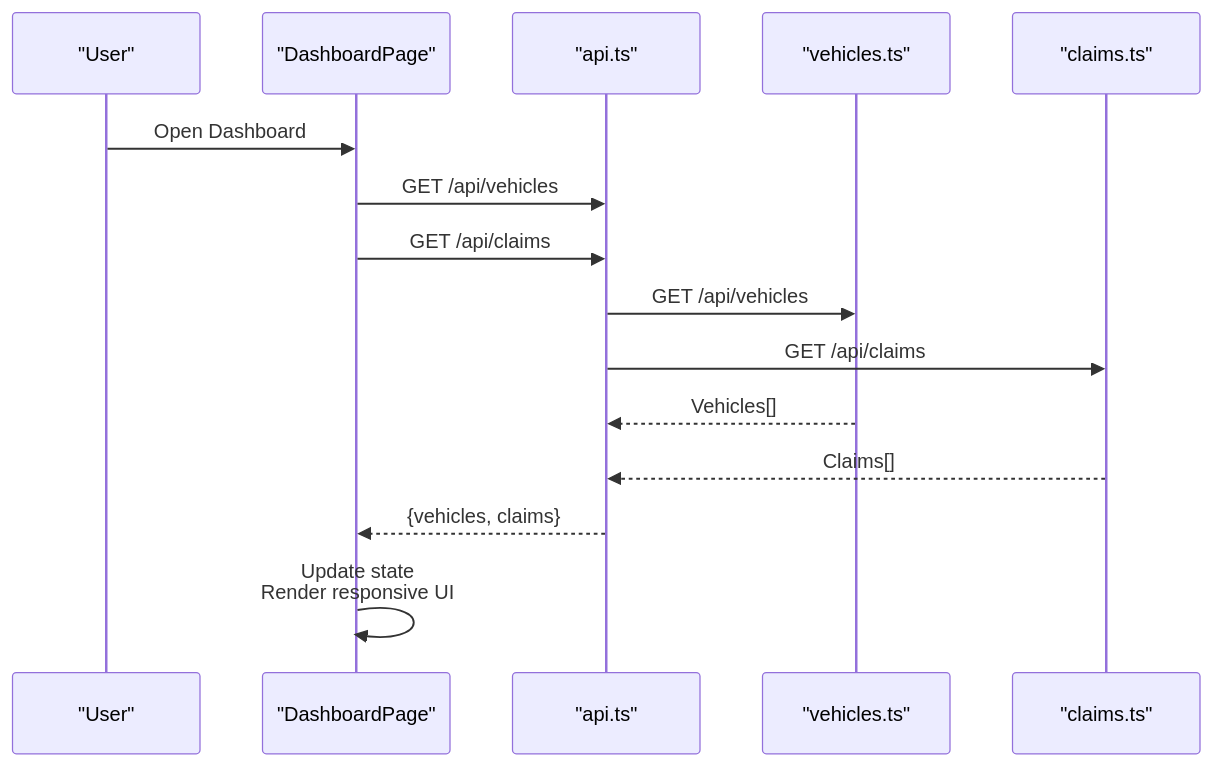
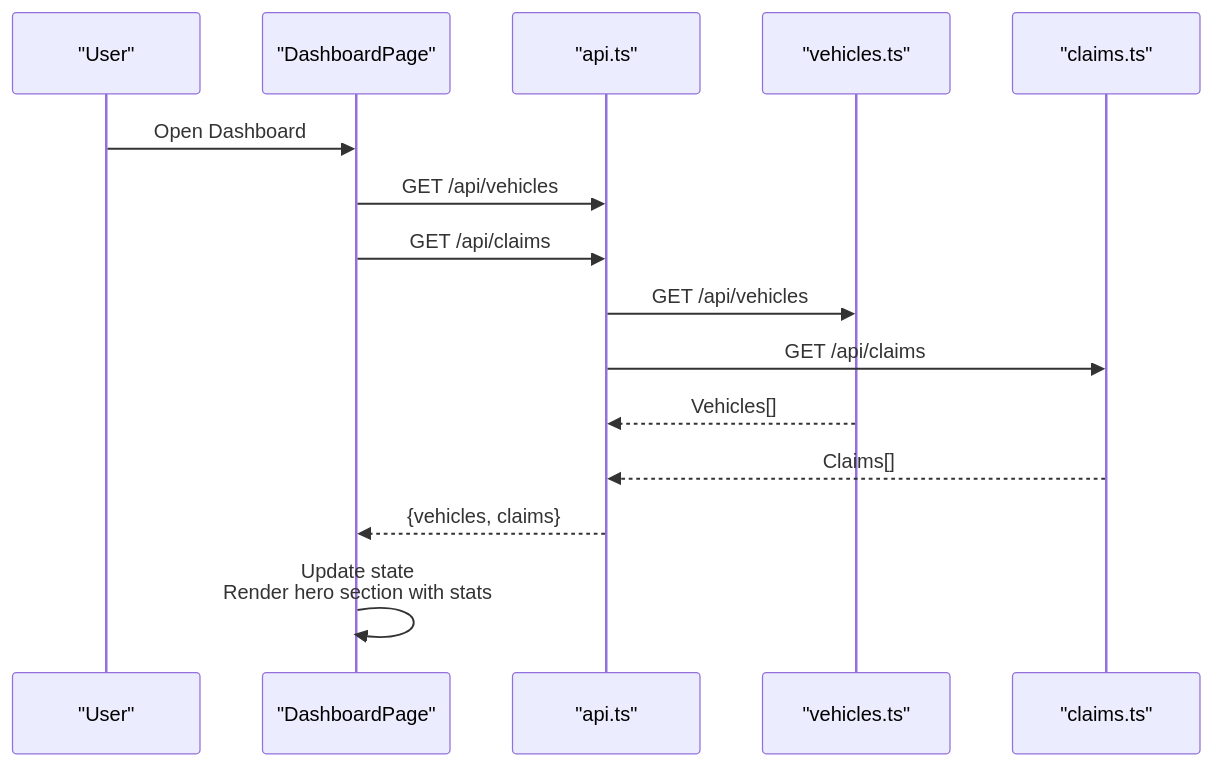
The second of 7 diagrams in .qoder/repowiki/en/content/Frontend Documentation/Pages and Views/User Pages/Dashboard Page.md (NaveenHiranya/Smart-Vehicle-Insurance-Claim-System), drawn with Mermaid before and after one commit. The commit also changed other lines of this file and 31 other files, not shown here.

````diff
--- a/.qoder/repowiki/en/content/Frontend Documentation/Pages and Views/User Pages/Dashboard Page.md
+++ b/.qoder/repowiki/en/content/Frontend Documentation/Pages and Views/User Pages/Dashboard Page.md
@@ -109,17 +119,17 @@
 ```mermaid
 sequenceDiagram
 participant U as "User"
 participant D as "DashboardPage"
 participant A as "api.ts"
 participant V as "vehicles.ts"
 participant C as "claims.ts"
 U->>D : Open Dashboard
 D->>A : GET /api/vehicles
 D->>A : GET /api/claims
 A->>V : GET /api/vehicles
 A->>C : GET /api/claims
 V-->>A : Vehicles[]
 C-->>A : Claims[]
 A-->>D : {vehicles, claims}
-D->>D : Update state<br/>Render responsive UI
+D->>D : Update state<br/>Render hero section with stats
 ```
````
